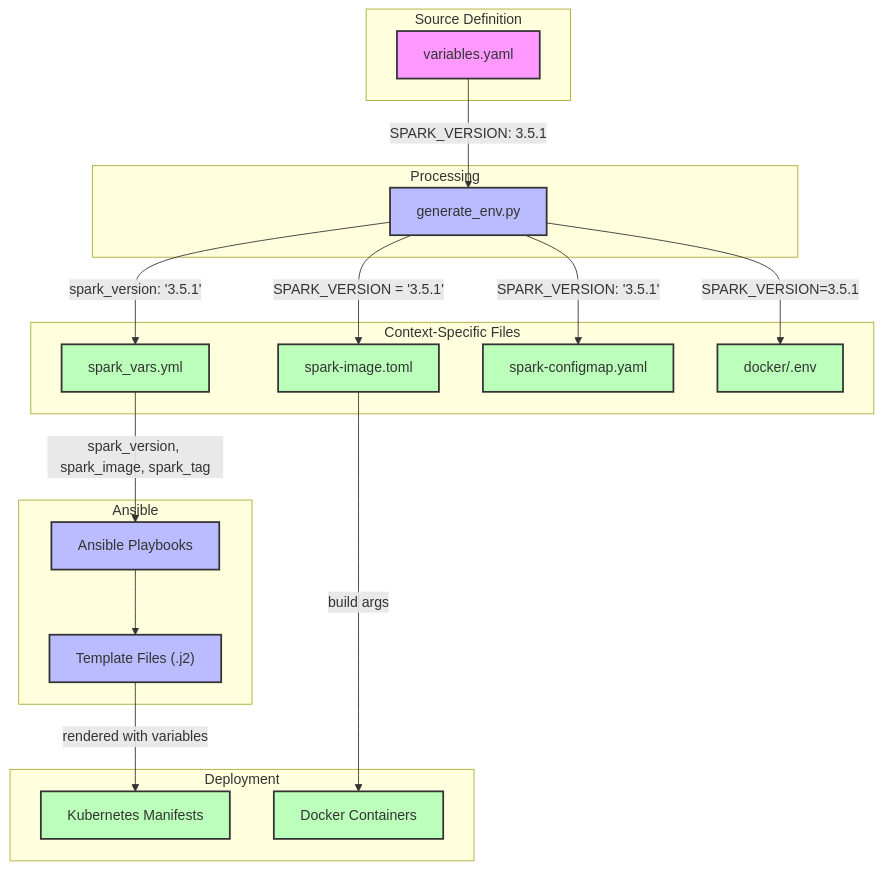
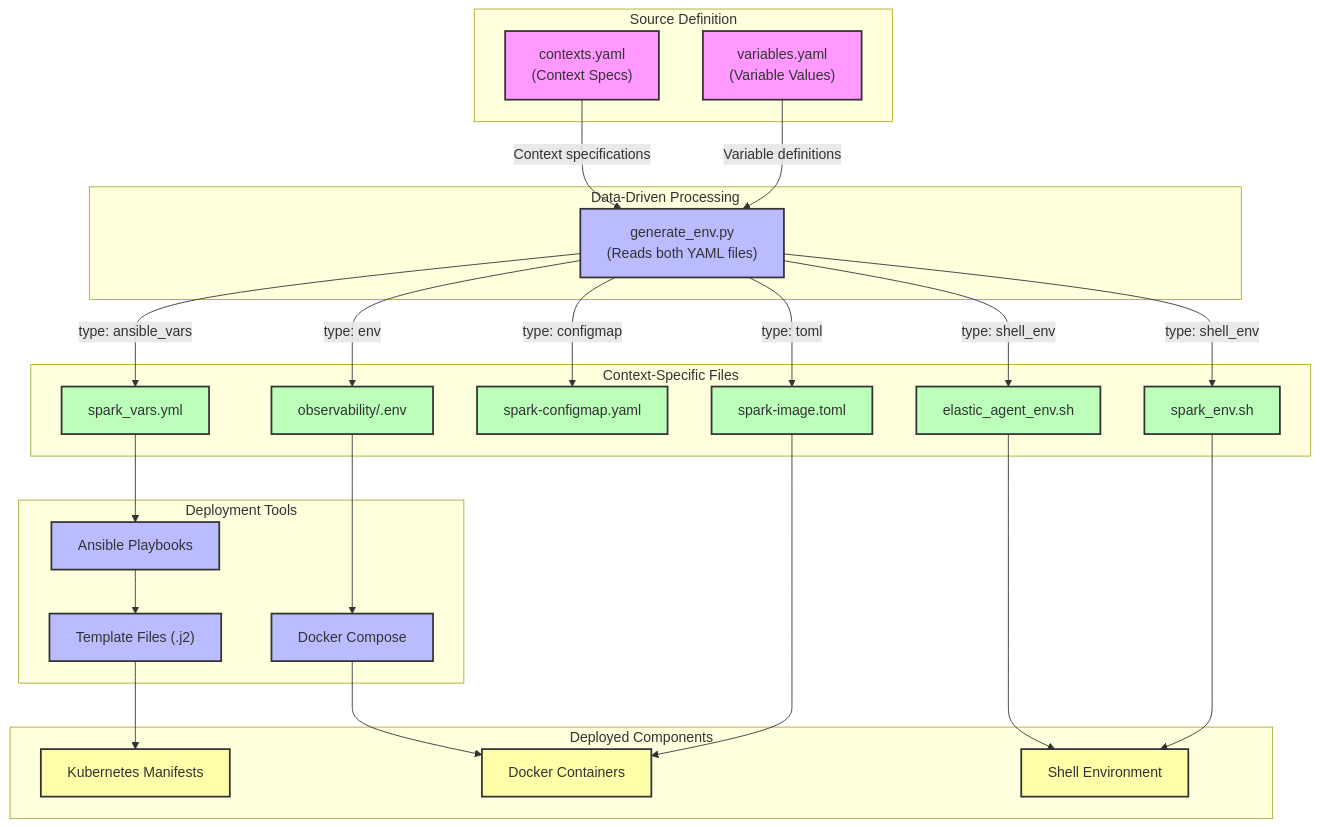
Before and after one commit to gxbrooks/spark-observability: the diagram in docs/Variable_Flow.md, drawn with Mermaid. The commit also changed other lines of this file and 2 other files, not shown here.

First line of the commit message:
refactor: Data-driven variable management system

````diff
--- a/docs/Variable_Flow.md
+++ b/docs/Variable_Flow.md
@@ -15,49 +17,63 @@
 ```mermaid
 flowchart TD
     subgraph "Source Definition"
-        variables["variables.yaml"]
+        variables["variables.yaml<br/>(Variable Values)"]
+        contexts["contexts.yaml<br/>(Context Specs)"]
     end
 
-    subgraph "Processing"
-        generate_env["generate_env.py"]
+    subgraph "Data-Driven Processing"
+        generate_env["generate_env.py<br/>(Reads both YAML files)"]
     end
 
     subgraph "Context-Specific Files"
         spark_image["spark-image.toml"]
         spark_vars["spark_vars.yml"]
         spark_configmap["spark-configmap.yaml"]
-        docker_env["docker/.env"]
+        observability_env["observability/.env"]
+        spark_client_env["spark_env.sh"]
+        elastic_agent_env["elastic_agent_env.sh"]
     end
 
-    subgraph "Ansible"
+    subgraph "Deployment Tools"
         playbooks["Ansible Playbooks"]
         templates["Template Files (.j2)"]
+        docker_compose["Docker Compose"]
     end
 
-    subgraph "Deployment"
+    subgraph "Deployed Components"
         k8s_manifest["Kubernetes Manifests"]
         docker_container["Docker Containers"]
+        shell_env["Shell Environment"]
     end
 
-    variables -->|"SPARK_VERSION: 3.5.1"| generate_env
+    variables -->|"Variable definitions"| generate_env
+    contexts -->|"Context specifications"| generate_env
     
-    generate_env -->|"SPARK_VERSION = '3.5.1'"| spark_image
-    generate_env -->|"spark_version: '3.5.1'"| spark_vars
-    generate_env -->|"SPARK_VERSION: '3.5.1'"| spark_configmap
-    generate_env -->|"SPARK_VERSION=3.5.1"| docker_env
+    generate_env -->|"type: toml"| spark_image
+    generate_env -->|"type: ansible_vars"| spark_vars
+    generate_env -->|"type: configmap"| spark_configmap
+    generate_env -->|"type: env"| observability_env
+    generate_env -->|"type: shell_env"| spark_client_env
+    generate_env -->|"type: shell_env"| elastic_agent_env
     
-    spark_vars -->|"spark_version, spark_image, spark_tag"| playbooks
+    spark_vars --> playbooks
+    playbooks --> templates
+    templates --> k8s_manifest
     
-    playbooks --> templates
-    templates -->|"rendered with variables"| k8s_manifest
+    spark_image --> docker_container
+    observability_env --> docker_compose
+    docker_compose --> docker_container
     
-    spark_image -->|"build args"| docker_container
+    spark_client_env --> shell_env
+    elastic_agent_env --> shell_env
     
     classDef source fill:#f9f,stroke:#333,stroke-width:2px;
     classDef processor fill:#bbf,stroke:#333,stroke-width:2px;
     classDef output fill:#bfb,stroke:#333,stroke-width:2px;
+    classDef deployment fill:#ffa,stroke:#333,stroke-width:2px;
     
-    class variables source;
-    class generate_env,playbooks,templates processor;
-    class spark_image,spark_vars,spark_configmap,docker_env,k8s_manifest,docker_container output;
+    class variables,contexts source;
+    class generate_env,playbooks,templates,docker_compose processor;
+    class spark_image,spark_vars,spark_configmap,observability_env,spark_client_env,elastic_agent_env output;
+    class k8s_manifest,docker_container,shell_env deployment;
 ```
````
